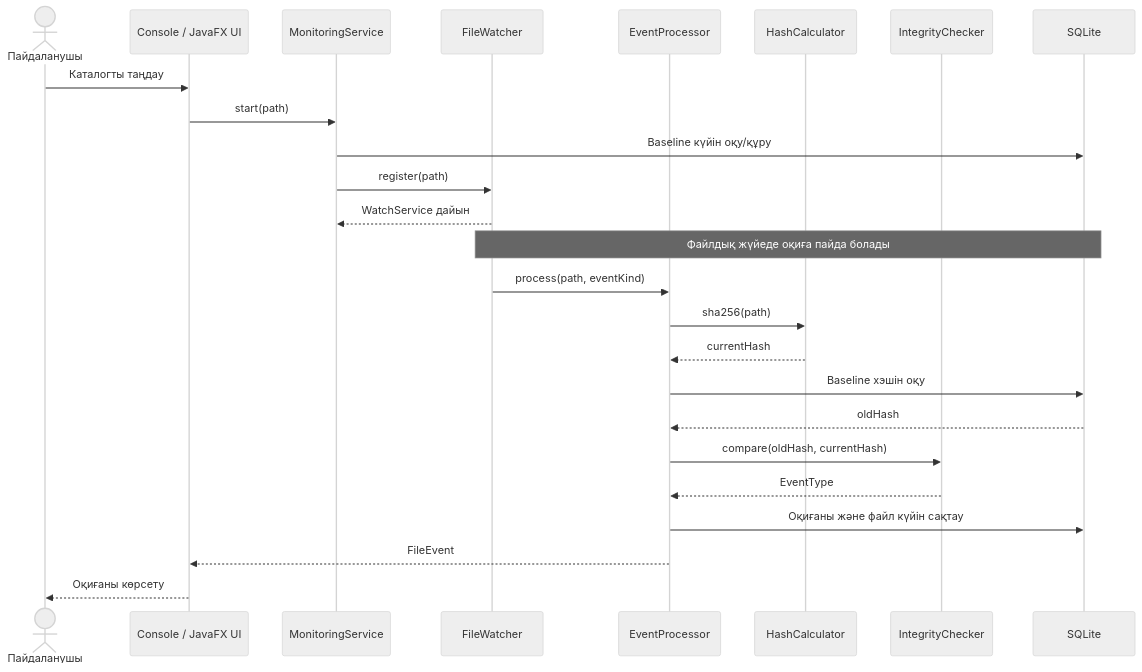
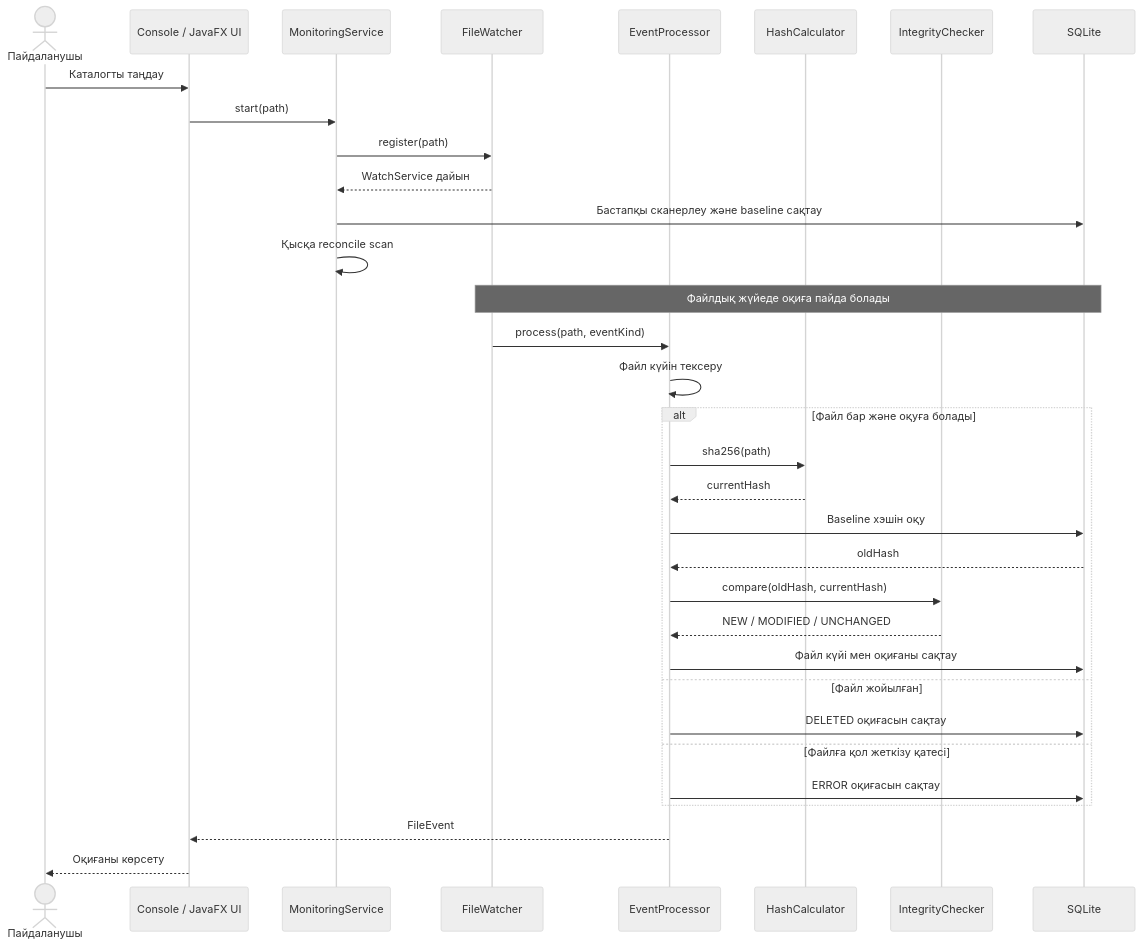
One commit to rusyaS17/File-Integrity-Monitor-FIM- changed the third of 4 diagrams in README.md. Above: the diagram before and after it, drawn with Mermaid (neutral theme).

Commit message:
docs: clarify UML sequence monitoring flow

````diff
--- a/README.md
+++ b/README.md
@@ -179,29 +179,37 @@
 ```mermaid
 sequenceDiagram
     actor User as Пайдаланушы
     participant UI as Console / JavaFX UI
     participant MS as MonitoringService
     participant FW as FileWatcher
     participant EP as EventProcessor
     participant HC as HashCalculator
     participant IC as IntegrityChecker
     participant DB as SQLite
 
     User->>UI: Каталогты таңдау
     UI->>MS: start(path)
-    MS->>DB: Baseline күйін оқу/құру
     MS->>FW: register(path)
     FW-->>MS: WatchService дайын
+    MS->>DB: Бастапқы сканерлеу және baseline сақтау
+    MS->>MS: Қысқа reconcile scan
 
     Note over FW,DB: Файлдық жүйеде оқиға пайда болады
     FW->>EP: process(path, eventKind)
-    EP->>HC: sha256(path)
-    HC-->>EP: currentHash
-    EP->>DB: Baseline хэшін оқу
-    DB-->>EP: oldHash
-    EP->>IC: compare(oldHash, currentHash)
-    IC-->>EP: EventType
-    EP->>DB: Оқиғаны және файл күйін сақтау
+    EP->>EP: Файл күйін тексеру
+    alt Файл бар және оқуға болады
+        EP->>HC: sha256(path)
+        HC-->>EP: currentHash
+        EP->>DB: Baseline хэшін оқу
+        DB-->>EP: oldHash
+        EP->>IC: compare(oldHash, currentHash)
+        IC-->>EP: NEW / MODIFIED / UNCHANGED
+        EP->>DB: Файл күйі мен оқиғаны сақтау
+    else Файл жойылған
+        EP->>DB: DELETED оқиғасын сақтау
+    else Файлға қол жеткізу қатесі
+        EP->>DB: ERROR оқиғасын сақтау
+    end
     EP-->>UI: FileEvent
     UI-->>User: Оқиғаны көрсету
 ```
````
